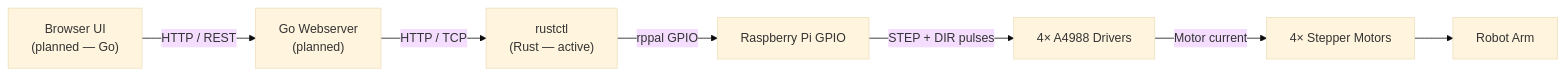
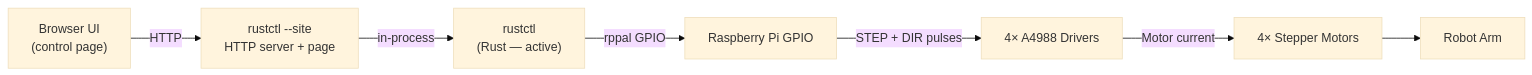
Before and after one commit to HASE-HGV/Roboterarm-HASE: the second of 5 diagrams in README.md, drawn with Mermaid (base theme). The commit also changed other lines of this file and 11 other files, not shown here.

````diff
--- a/README.md
+++ b/README.md
@@ -230,17 +240,17 @@
 ```mermaid
 flowchart LR
-    Browser["Browser UI\n(planned — Go)"]
-    WebServer["Go Webserver\n(planned)"]
+    Browser["Browser UI\n(control page)"]
+    WebServer["rustctl --site\nHTTP server + page"]
     rustctl["rustctl\n(Rust — active)"]
     GPIO["Raspberry Pi GPIO"]
     A4988s["4× A4988 Drivers"]
     Motors["4× Stepper Motors"]
     Arm["Robot Arm"]
 
-    Browser -->|"HTTP / REST"| WebServer
-    WebServer -->|"HTTP / TCP"| rustctl
+    Browser -->|"HTTP"| WebServer
+    WebServer -->|"in-process"| rustctl
     rustctl -->|"rppal GPIO"| GPIO
     GPIO -->|"STEP + DIR pulses"| A4988s
     A4988s -->|"Motor current"| Motors
     Motors --> Arm
 ```
````
